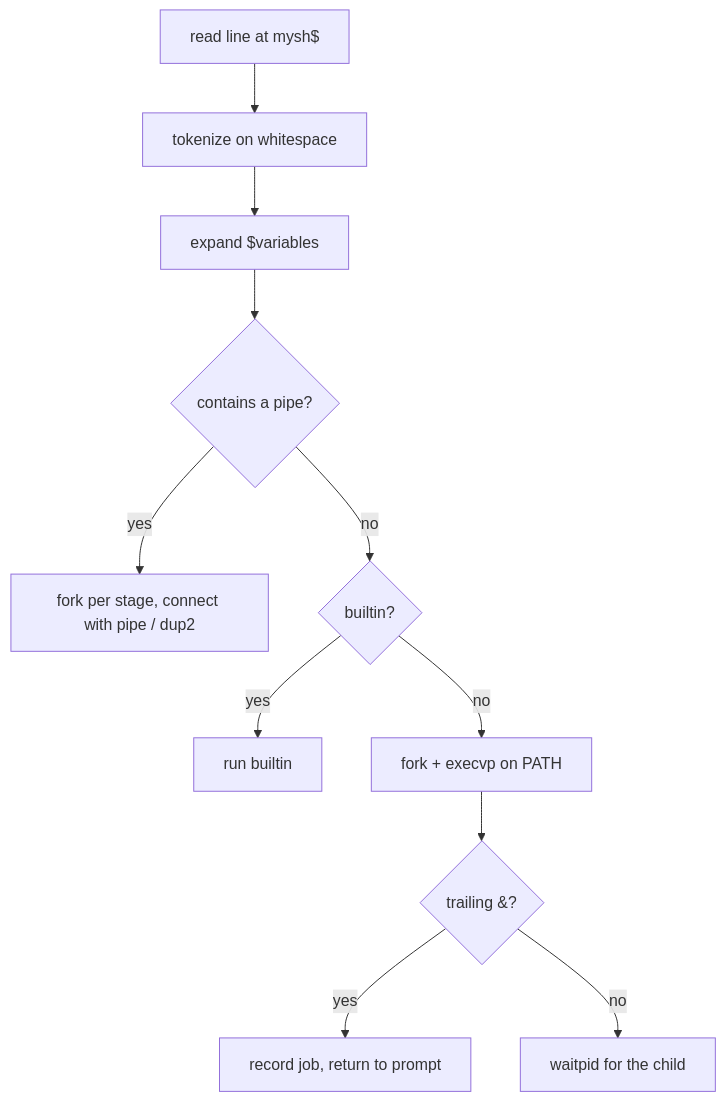
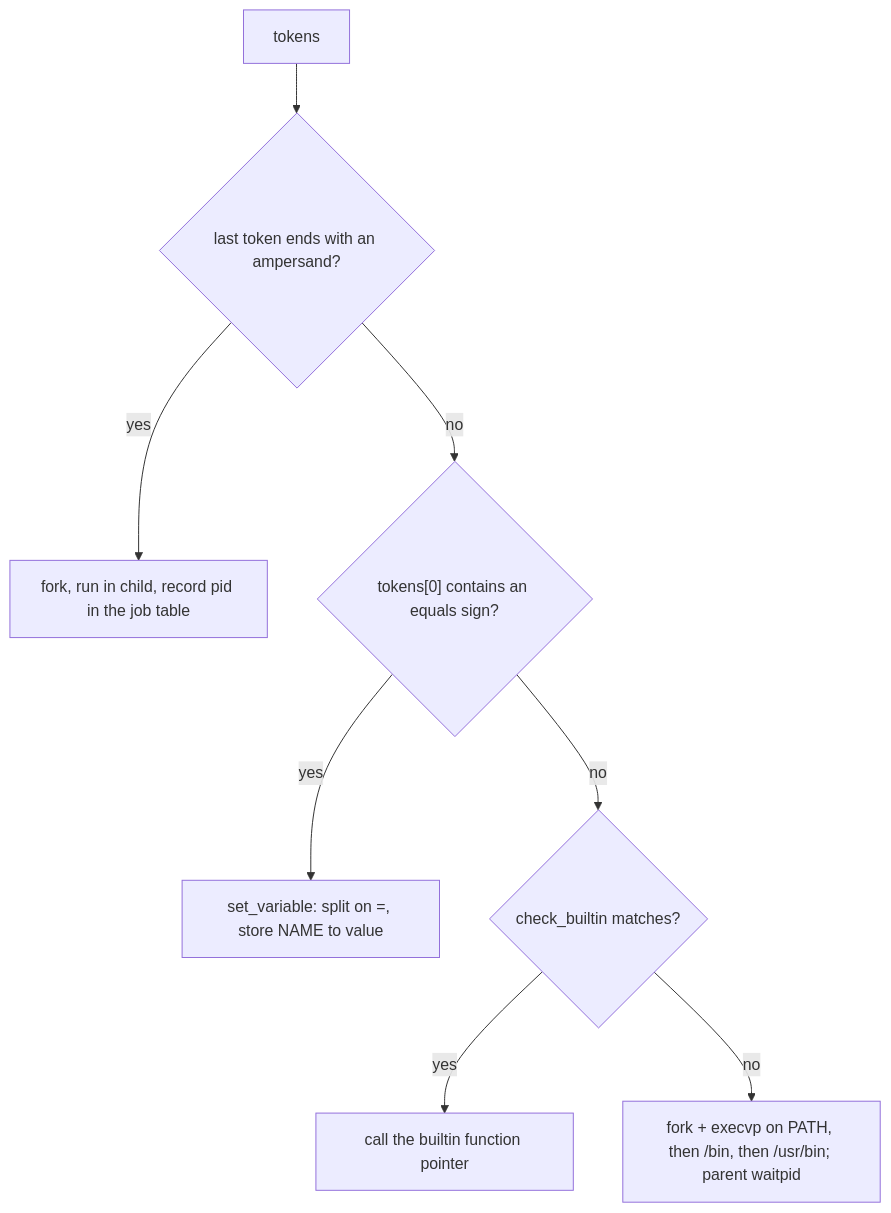
The second of 4 diagrams in README.md (MananKakkar1/Custom-Linux-Shell), drawn with Mermaid before and after one commit. The commit also changed other lines of this file, not shown here.

Commit message:
docs: expand README with architecture and internals

````diff
--- a/README.md
+++ b/README.md
@@ -33,13 +37,10 @@
 ```mermaid
 flowchart TD
-    A["read line at mysh$"] --> B["tokenize on whitespace"]
-    B --> C["expand $variables"]
-    C --> D{"contains a pipe?"}
-    D -- yes --> E["fork per stage, connect with pipe / dup2"]
-    D -- no --> F{"builtin?"}
-    F -- yes --> G["run builtin"]
-    F -- no --> H["fork + execvp on PATH"]
-    H --> I{"trailing &?"}
-    I -- yes --> J["record job, return to prompt"]
-    I -- no --> K["waitpid for the child"]
+    A["tokens"] --> B{"last token ends with an ampersand?"}
+    B -->|yes| BG["fork, run in child, record pid in the job table"]
+    B -->|no| C{"tokens[0] contains an equals sign?"}
+    C -->|yes| SET["set_variable: split on =, store NAME to value"]
+    C -->|no| D{"check_builtin matches?"}
+    D -->|yes| BI["call the builtin function pointer"]
+    D -->|no| EX["fork + execvp on PATH, then /bin, then /usr/bin; parent waitpid"]
 ```
````
